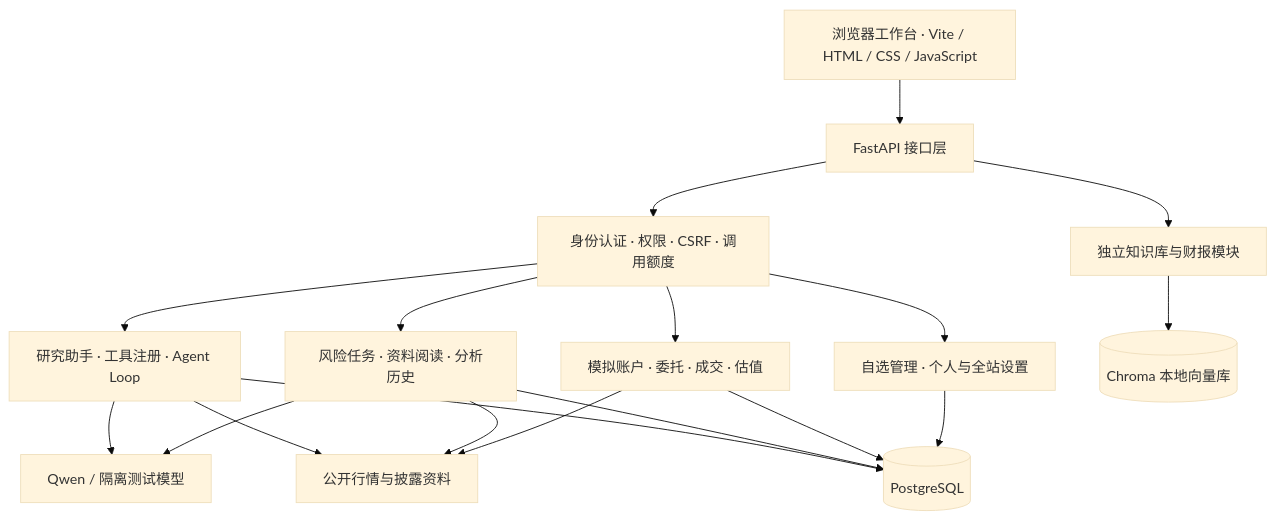
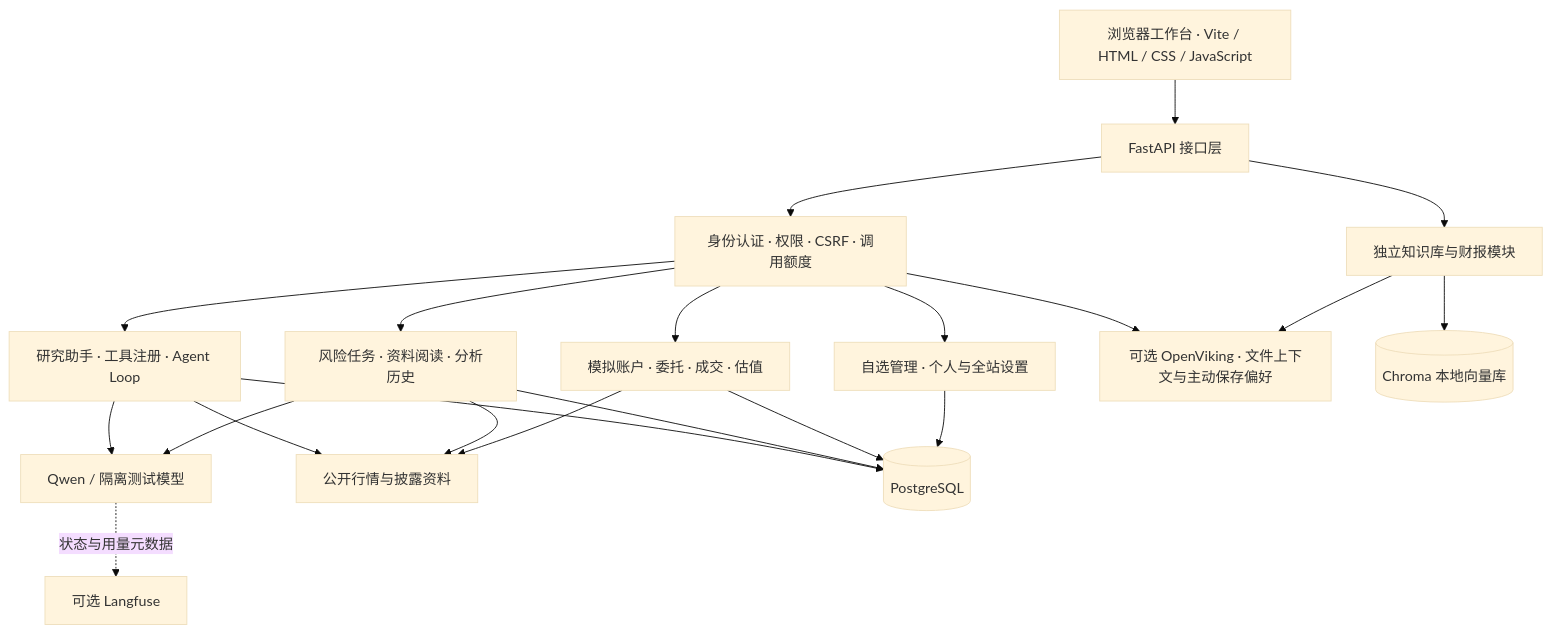
The diagram in README.md (yezhi-0430/TURAQ), drawn with Mermaid (base theme) before and after one commit. The commit also changed other lines of this file and 334 other files, not shown here.

First line of the commit message:
feat: add evidence evaluation and scoped OpenViking context

````diff
--- a/README.md
+++ b/README.md
@@ -146,20 +168,23 @@
 ```mermaid
 flowchart TD
     UI[浏览器工作台 · Vite / HTML / CSS / JavaScript] --> API[FastAPI 接口层]
     API --> AUTH[身份认证 · 权限 · CSRF · 调用额度]
     AUTH --> AGENT[研究助手 · 工具注册 · Agent Loop]
     AUTH --> RISK[风险任务 · 资料阅读 · 分析历史]
     AUTH --> PAPER[模拟账户 · 委托 · 成交 · 估值]
     AUTH --> SETTINGS[自选管理 · 个人与全站设置]
     API --> RAG[独立知识库与财报模块]
+    AUTH --> CONTEXT[可选 OpenViking · 文件上下文与主动保存偏好]
+    RAG --> CONTEXT
     AGENT --> MODEL[Qwen / 隔离测试模型]
     RISK --> MODEL
     AGENT --> PUBLIC[公开行情与披露资料]
     RISK --> PUBLIC
     PAPER --> PUBLIC
     AGENT --> DB[(PostgreSQL)]
     RISK --> DB
     PAPER --> DB
     SETTINGS --> DB
     RAG --> VECTOR[(Chroma 本地向量库)]
+    MODEL -. 状态与用量元数据 .-> TRACE[可选 Langfuse]
 ```
````
